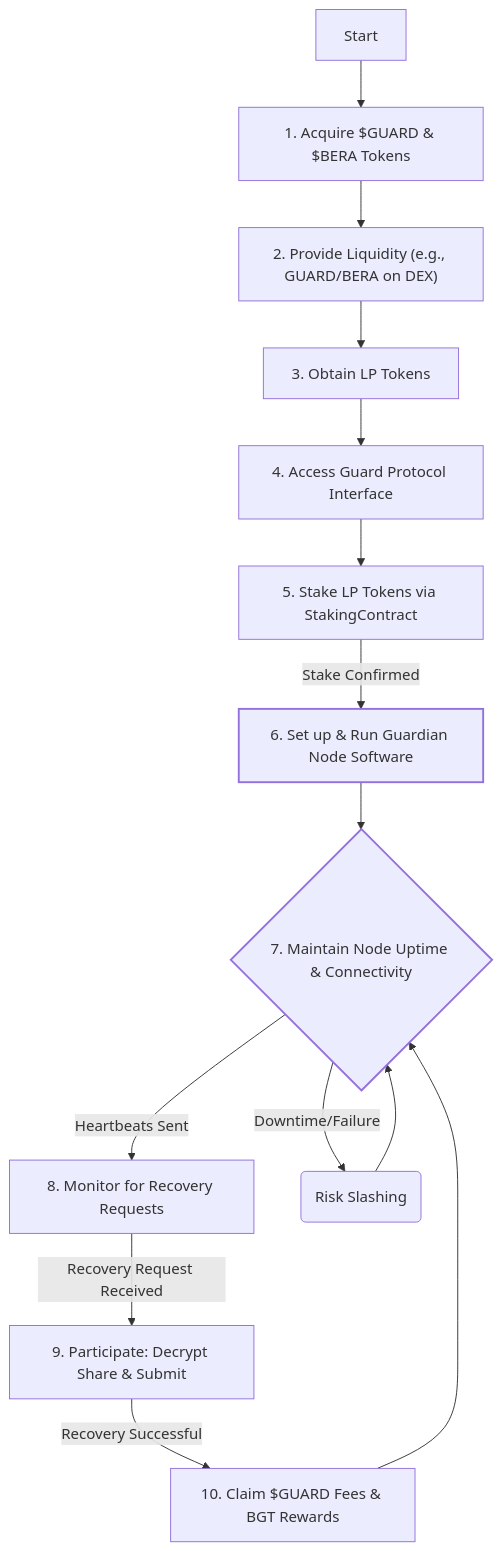
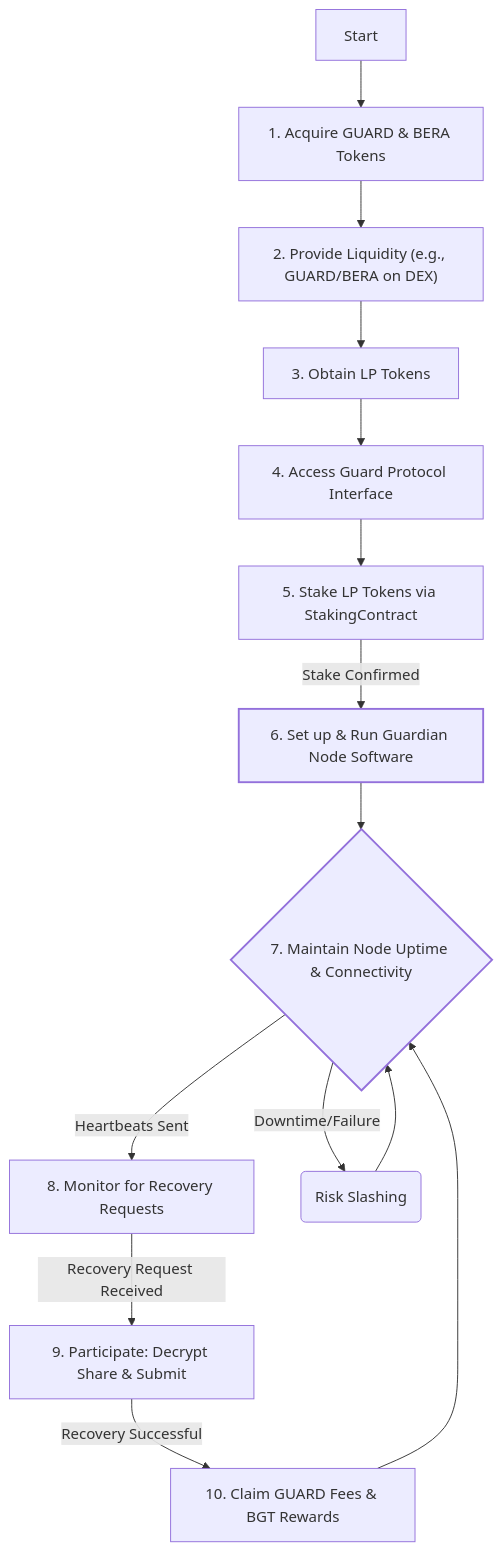
One commit to amschel99/papers changed the fourth of 5 diagrams in Guard02.md. Above: the diagram before and after it, drawn with Mermaid.

````diff
--- a/Guard02.md
+++ b/Guard02.md
@@ -271,19 +271,19 @@
 ```mermaid
 graph TD
-    Start --> A[1. Acquire $GUARD & $BERA Tokens];
+    Start --> A["1. Acquire GUARD & BERA Tokens"];
     A --> B["2. Provide Liquidity (e.g., GUARD/BERA on DEX)"];
-    B --> C[3. Obtain LP Tokens];
-    C --> D[4. Access Guard Protocol Interface];
-    D --> E[5. Stake LP Tokens via StakingContract];
-    E -- Stake Confirmed --> F[6. Set up & Run Guardian Node Software];
-    F --> G{7. Maintain Node Uptime & Connectivity};
-    G -- Heartbeats Sent --> H[8. Monitor for Recovery Requests];
-    H -- Recovery Request Received --> I[9. Participate: Decrypt Share & Submit];
-    I -- Recovery Successful --> J[10. Claim $GUARD Fees & BGT Rewards];
+    B --> C["3. Obtain LP Tokens"];
+    C --> D["4. Access Guard Protocol Interface"];
+    D --> E["5. Stake LP Tokens via StakingContract"];
+    E -- Stake Confirmed --> F["6. Set up & Run Guardian Node Software"];
+    F --> G{"7. Maintain Node Uptime & Connectivity"};
+    G -- Heartbeats Sent --> H["8. Monitor for Recovery Requests"];
+    H -- Recovery Request Received --> I["9. Participate: Decrypt Share & Submit"];
+    I -- Recovery Successful --> J["10. Claim GUARD Fees & BGT Rewards"];
     J --> G;
     G -- Downtime/Failure --> K(Risk Slashing);
     K --> G;
 
     style F stroke-width:2px
     style G stroke-width:2px
 ```
````
